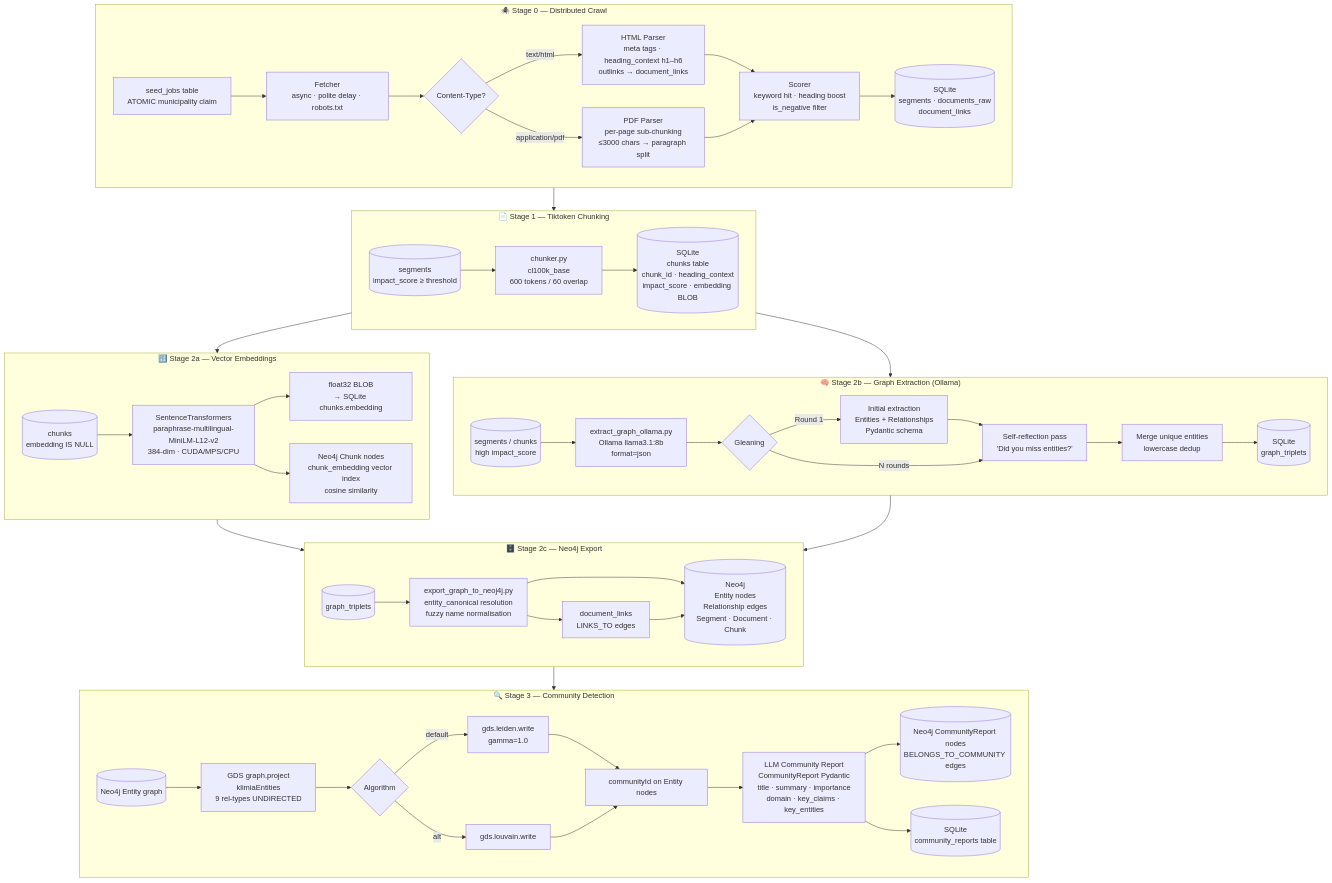
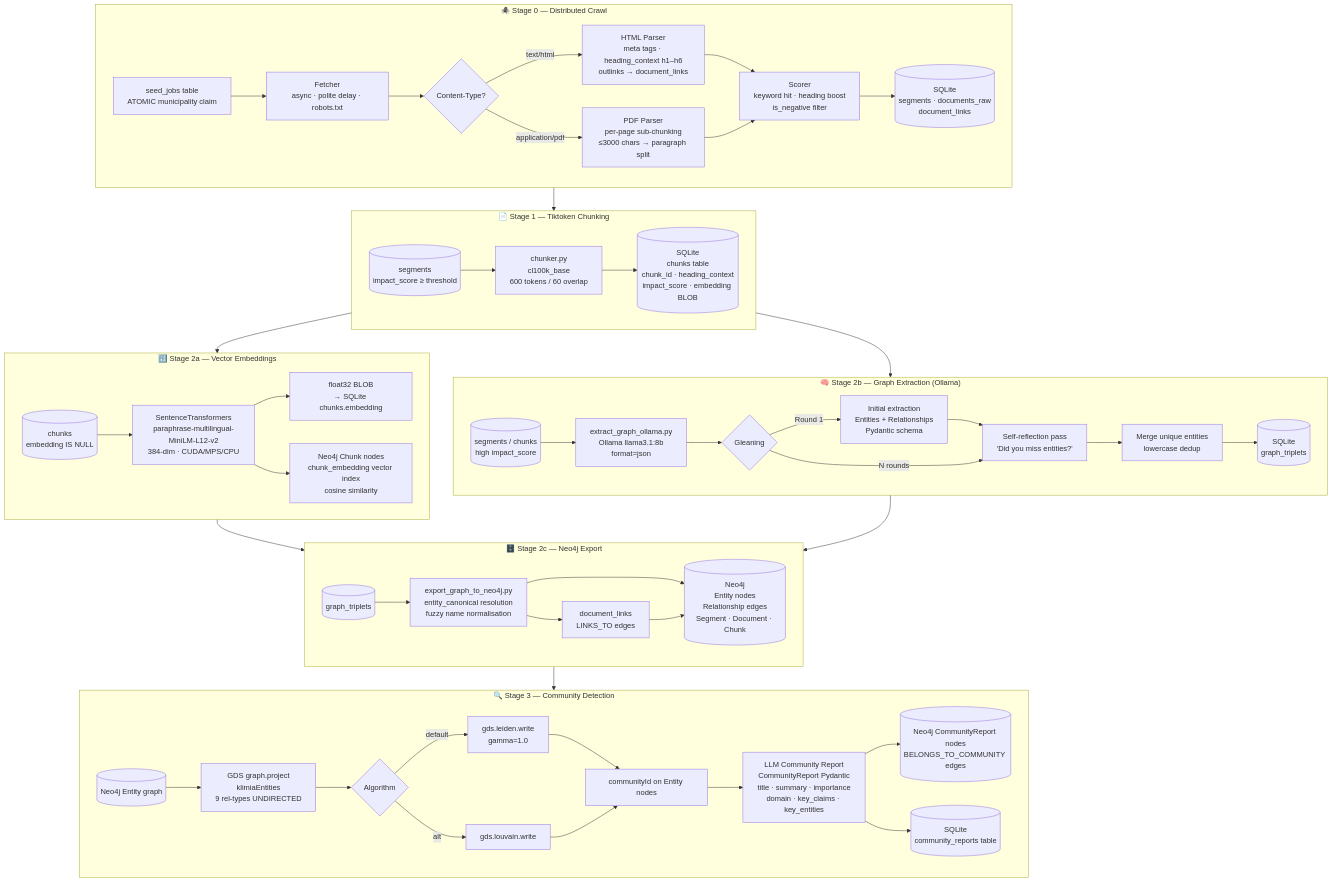
One commit to Sven-Lutz/Klima_GraphRAG changed the first of 4 diagrams in docs/pipeline_diagrams.md. Above: the diagram before and after it, drawn with Mermaid. The commit also changed other lines of this file and 7 other files, not shown here.

````diff
--- a/docs/pipeline_diagrams.md
+++ b/docs/pipeline_diagrams.md
@@ -9,59 +9,59 @@
 ```mermaid
 flowchart TD
     subgraph CRAWL["🕷️ Stage 0 — Distributed Crawl"]
         S0A[seed_jobs table\nATOMIC municipality claim] --> S0B[Fetcher\nasync · polite delay · robots.txt]
         S0B --> S0C{Content-Type?}
         S0C -->|text/html| S0D[HTML Parser\nmeta tags · heading_context h1–h6\noutlinks → document_links]
         S0C -->|application/pdf| S0E[PDF Parser\nper-page sub-chunking\n≤3000 chars → paragraph split]
         S0D --> S0F[Scorer\nkeyword hit · heading boost\nis_negative filter]
         S0E --> S0F
         S0F --> S0G[(SQLite\nsegments · documents_raw\ndocument_links)]
     end
 
     subgraph CHUNK["📄 Stage 1 — Tiktoken Chunking"]
         S1A[(segments\nimpact_score ≥ threshold)] --> S1B[chunker.py\ncl100k_base\n600 tokens / 60 overlap]
         S1B --> S1C[(SQLite\nchunks table\nchunk_id · heading_context\nimpact_score · embedding BLOB)]
     end
 
     subgraph EMBED["🔢 Stage 2a — Vector Embeddings"]
         S2A[(chunks\nembedding IS NULL)] --> S2B[SentenceTransformers\nparaphrase-multilingual-MiniLM-L12-v2\n384-dim · CUDA/MPS/CPU]
         S2B --> S2C[float32 BLOB\n→ SQLite chunks.embedding]
         S2B --> S2D[Neo4j Chunk nodes\nchunk_embedding vector index\ncosine similarity]
     end
 
     subgraph GRAPH["🧠 Stage 2b — Graph Extraction (Ollama)"]
         S3A[(segments / chunks\nhigh impact_score)] --> S3B[extract_graph_ollama.py\nOllama llama3.1:8b\nformat=json]
         S3B --> S3C{Gleaning}
         S3C -->|Round 1| S3D[Initial extraction\nEntities + Relationships\nPydantic schema]
         S3D --> S3E[Self-reflection pass\n'Did you miss entities?']
         S3E --> S3F[Merge unique entities\nlowercase dedup]
         S3C -->|N rounds| S3E
         S3F --> S3G[(SQLite\ngraph_triplets)]
     end
 
     subgraph NEO4J["🗄️ Stage 2c — Neo4j Export"]
-        S4A[(graph_triplets)] --> S4B[export_graph_to_neoj4j.py\nentity_canonical resolution\nfuzzy name normalisation]
+        S4A[(graph_triplets)] --> S4B[export_graph_to_neo4j.py\nentity_canonical resolution\nfuzzy name normalisation]
         S4B --> S4C[(Neo4j\nEntity nodes\nRelationship edges\nSegment · Document · Chunk)]
         S4B --> S4D[document_links\nLINKS_TO edges]
         S4D --> S4C
     end
 
     subgraph COMM["🔍 Stage 3 — Community Detection"]
         S5A[(Neo4j Entity graph)] --> S5B[GDS graph.project\nklimiaEntities\n9 rel-types UNDIRECTED]
         S5B --> S5C{Algorithm}
         S5C -->|default| S5D[gds.leiden.write\ngamma=1.0]
         S5C -->|alt| S5E[gds.louvain.write]
         S5D --> S5F[communityId on Entity nodes]
         S5E --> S5F
         S5F --> S5G[LLM Community Report\nCommunityReport Pydantic\ntitle · summary · importance\ndomain · key_claims · key_entities]
         S5G --> S5H[(Neo4j CommunityReport nodes\nBELONGS_TO_COMMUNITY edges)]
         S5G --> S5I[(SQLite\ncommunity_reports table)]
     end
 
     CRAWL --> CHUNK
     CHUNK --> EMBED
     CHUNK --> GRAPH
     EMBED --> NEO4J
     GRAPH --> NEO4J
     NEO4J --> COMM
 ```
````
